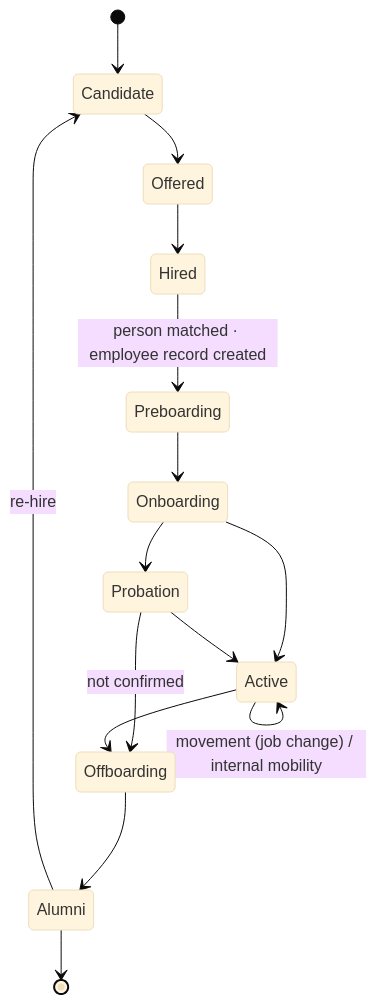
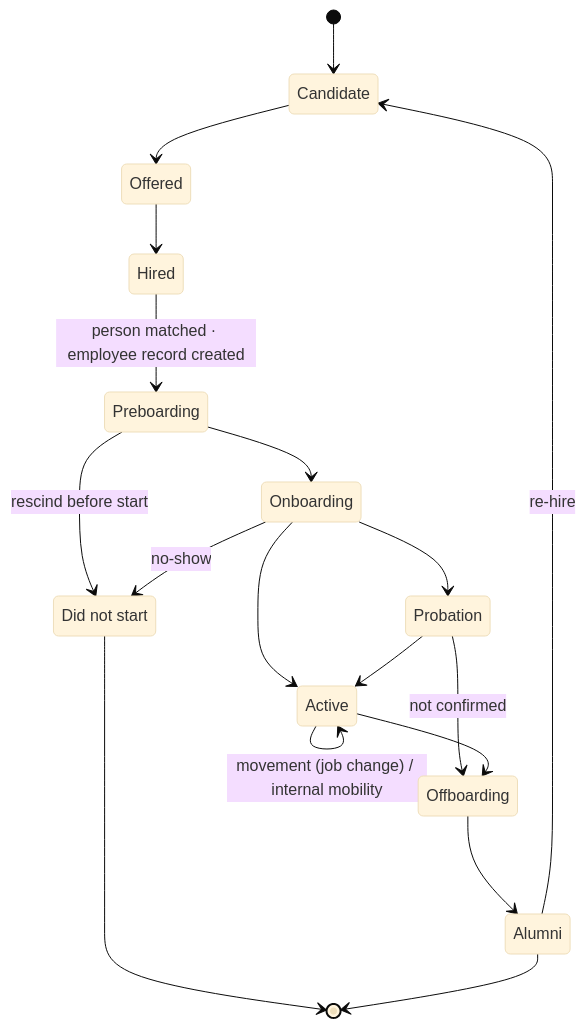
The seventh of 9 diagrams in docs/modules/People-PRD.md (Seta-International/agent-platform), drawn with Mermaid (base theme) before and after one commit. The commit also changed other lines of this file and 5 other files, not shown here.

````diff
--- a/docs/modules/People-PRD.md
+++ b/docs/modules/People-PRD.md
@@ -455,17 +517,21 @@
 ```mermaid
 stateDiagram-v2
+  state "Did not start" as DidNotStart
   [*] --> Candidate
   Candidate --> Offered
   Offered --> Hired
   Hired --> Preboarding: person matched · employee record created
   Preboarding --> Onboarding
+  Preboarding --> DidNotStart: rescind before start
   Onboarding --> Probation
   Onboarding --> Active
+  Onboarding --> DidNotStart: no-show
   Probation --> Active
   Probation --> Offboarding: not confirmed
   Active --> Active: movement (job change) / internal mobility
   Active --> Offboarding
   Offboarding --> Alumni
   Alumni --> Candidate: re-hire
+  DidNotStart --> [*]
   Alumni --> [*]
 ```
````
